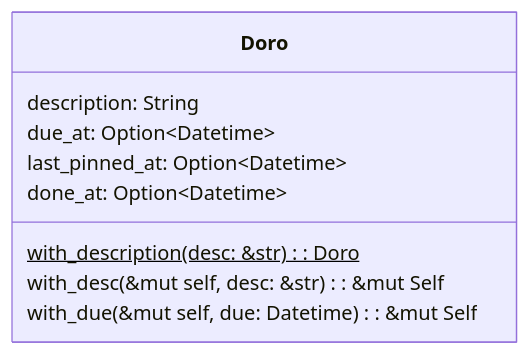
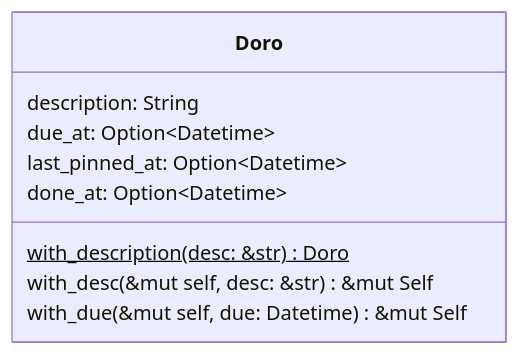
The first of 2 diagrams in src/pomo_doro/doro.md (huangjj27/huangjj27.github.io), drawn with Mermaid before and after one commit. The commit also changed other lines of this file, not shown here.

Commit message:
sprint1(pomo_doro): 分析活动清单Doros对象

````diff
--- a/src/pomo_doro/doro.md
+++ b/src/pomo_doro/doro.md
@@ -13,13 +13,13 @@
 ```mermaid
 classDiagram
 
     class Doro {
         description: String
         due_at: Option~Datetime~
         last_pinned_at: Option~Datetime~
         done_at: Option~Datetime~
-        with_description(desc: &str): Doro$
-        with_desc(&mut self, desc: &str): &mut Self
-        with_due(&mut self, due: Datetime): &mut Self
+        with_description(desc: &str) Doro$
+        with_desc(&mut self, desc: &str) &mut Self
+        with_due(&mut self, due: Datetime) &mut Self
     }
 ```
````
